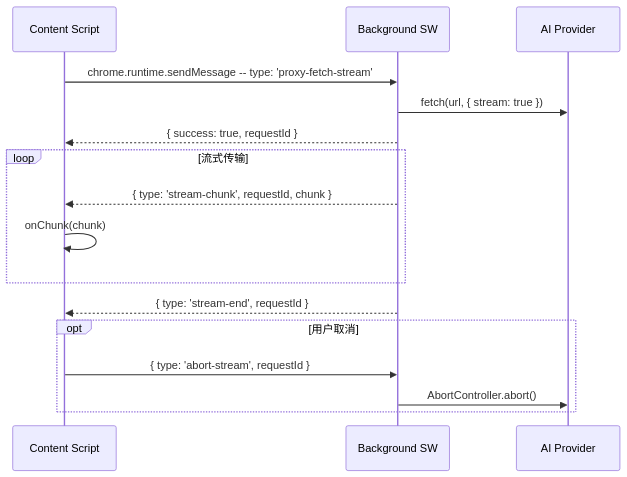
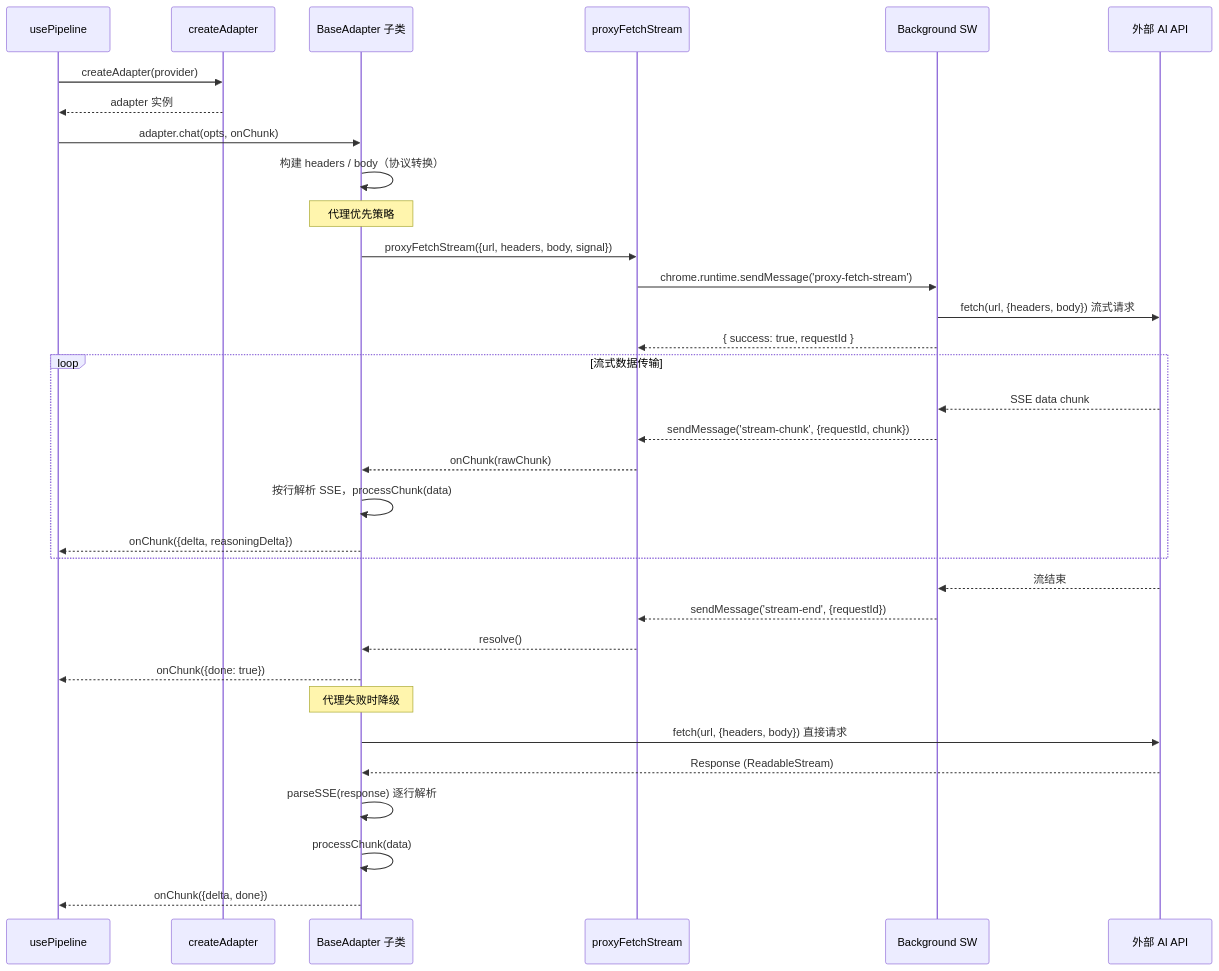
Before and after one commit to zw123zw/ai-browser: the second of 2 diagrams in docs/architecture/ai-adapters.md, drawn with Mermaid. The commit also changed other lines of this file and 25 other files, not shown here.

````diff
--- a/docs/architecture/ai-adapters.md
+++ b/docs/architecture/ai-adapters.md
@@ -398,23 +318,41 @@
 ```mermaid
 sequenceDiagram
-    participant CS as Content Script
+    participant Pipeline as usePipeline
+    participant Factory as createAdapter
+    participant Adapter as BaseAdapter 子类
+    participant Proxy as proxyFetchStream
     participant BG as Background SW
-    participant API as AI Provider
+    participant API as 外部 AI API
 
-    CS->>BG: chrome.runtime.sendMessage -- type: 'proxy-fetch-stream'
-    BG->>API: fetch(url, { stream: true })
+    Pipeline->>Factory: createAdapter(provider)
+    Factory-->>Pipeline: adapter 实例
 
-    BG-->>CS: { success: true, requestId }
+    Pipeline->>Adapter: adapter.chat(opts, onChunk)
+    Adapter->>Adapter: 构建 headers / body（协议转换）
 
-    loop 流式传输
-        BG-->>CS: { type: 'stream-chunk', requestId, chunk }
-        CS->>CS: onChunk(chunk)
+    Note over Adapter: 代理优先策略
+    Adapter->>Proxy: proxyFetchStream({url, headers, body, signal})
+    Proxy->>BG: chrome.runtime.sendMessage('proxy-fetch-stream')
+    BG->>API: fetch(url, {headers, body}) 流式请求
+    BG-->>Proxy: { success: true, requestId }
+
+    loop 流式数据传输
+        API-->>BG: SSE data chunk
+        BG-->>Proxy: sendMessage('stream-chunk', {requestId, chunk})
+        Proxy-->>Adapter: onChunk(rawChunk)
+        Adapter->>Adapter: 按行解析 SSE，processChunk(data)
+        Adapter-->>Pipeline: onChunk({delta, reasoningDelta})
     end
 
-    BG-->>CS: { type: 'stream-end', requestId }
+    API-->>BG: 流结束
+    BG-->>Proxy: sendMessage('stream-end', {requestId})
+    Proxy-->>Adapter: resolve()
+    Adapter-->>Pipeline: onChunk({done: true})
 
-    opt 用户取消
-        CS->>BG: { type: 'abort-stream', requestId }
-        BG->>API: AbortController.abort()
-    end
+    Note over Adapter: 代理失败时降级
+    Adapter->>API: fetch(url, {headers, body}) 直接请求
+    API-->>Adapter: Response (ReadableStream)
+    Adapter->>Adapter: parseSSE(response) 逐行解析
+    Adapter->>Adapter: processChunk(data)
+    Adapter-->>Pipeline: onChunk({delta, done})
 ```
````
